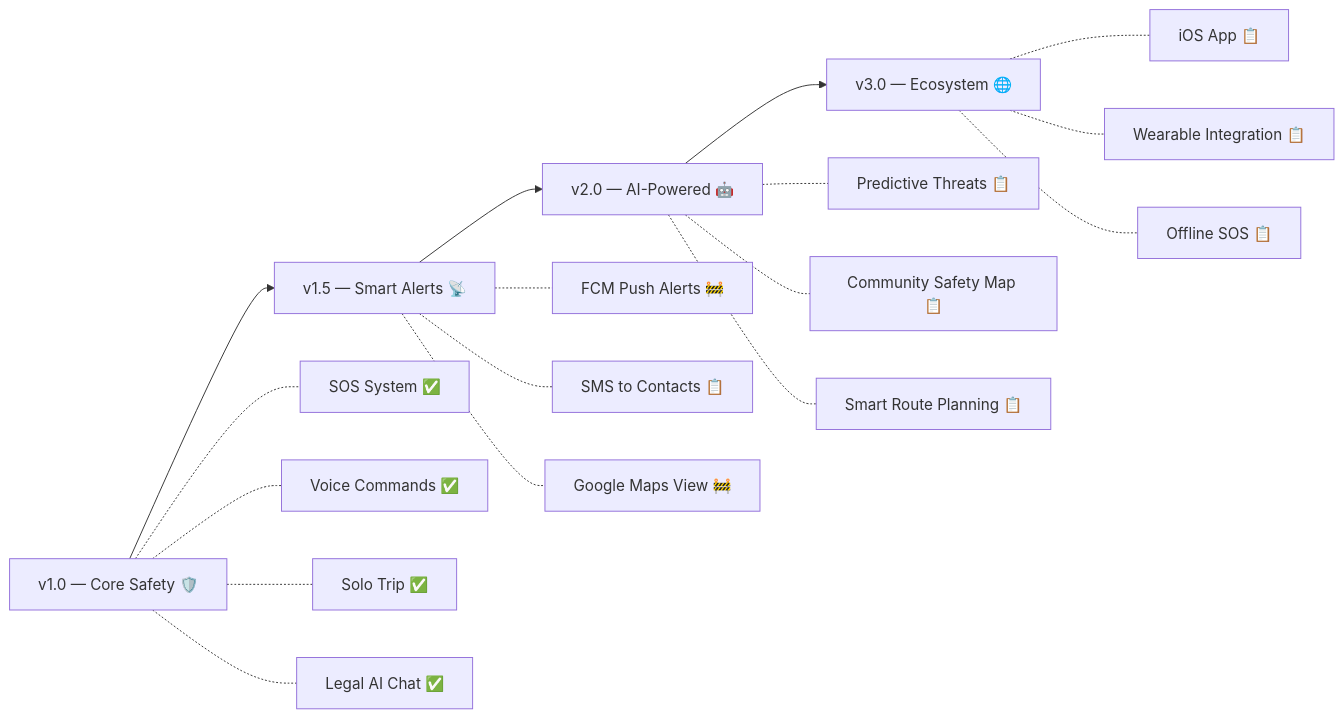
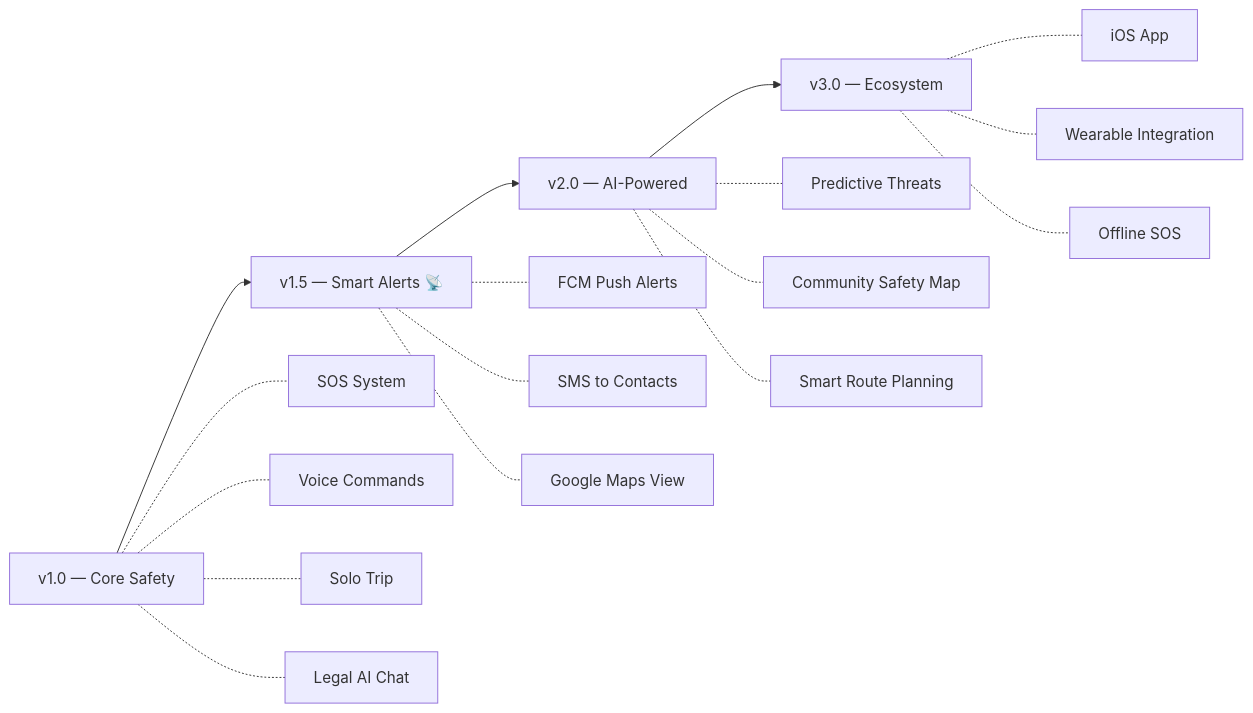
One commit to GangaNimesh/Durga changed the diagram in README.md. Above: the diagram before and after it, drawn with Mermaid. The commit also changed other lines of this file, not shown here.

````diff
--- a/README.md
+++ b/README.md
@@ -562,23 +563,23 @@
 ```mermaid
 graph LR
-    A["v1.0 — Core Safety 🛡️"] --> B["v1.5 — Smart Alerts 📡"]
-    B --> C["v2.0 — AI-Powered 🤖"]
-    C --> D["v3.0 — Ecosystem 🌐"]
+    A["v1.0 — Core Safety "] --> B["v1.5 — Smart Alerts 📡"]
+    B --> C["v2.0 — AI-Powered "]
+    C --> D["v3.0 — Ecosystem "]
 
-    A -.- A1["SOS System ✅"]
-    A -.- A2["Voice Commands ✅"]
-    A -.- A3["Solo Trip ✅"]
-    A -.- A4["Legal AI Chat ✅"]
+    A -.- A1["SOS System "]
+    A -.- A2["Voice Commands "]
+    A -.- A3["Solo Trip "]
+    A -.- A4["Legal AI Chat "]
 
-    B -.- B1["FCM Push Alerts 🚧"]
-    B -.- B2["SMS to Contacts 📋"]
-    B -.- B3["Google Maps View 🚧"]
+    B -.- B1["FCM Push Alerts "]
+    B -.- B2["SMS to Contacts "]
+    B -.- B3["Google Maps View "]
 
-    C -.- C1["Predictive Threats 📋"]
-    C -.- C2["Community Safety Map 📋"]
-    C -.- C3["Smart Route Planning 📋"]
+    C -.- C1["Predictive Threats "]
+    C -.- C2["Community Safety Map "]
+    C -.- C3["Smart Route Planning "]
 
-    D -.- D1["iOS App 📋"]
-    D -.- D2["Wearable Integration 📋"]
-    D -.- D3["Offline SOS 📋"]
+    D -.- D1["iOS App "]
+    D -.- D2["Wearable Integration "]
+    D -.- D3["Offline SOS "]
 ```
````
